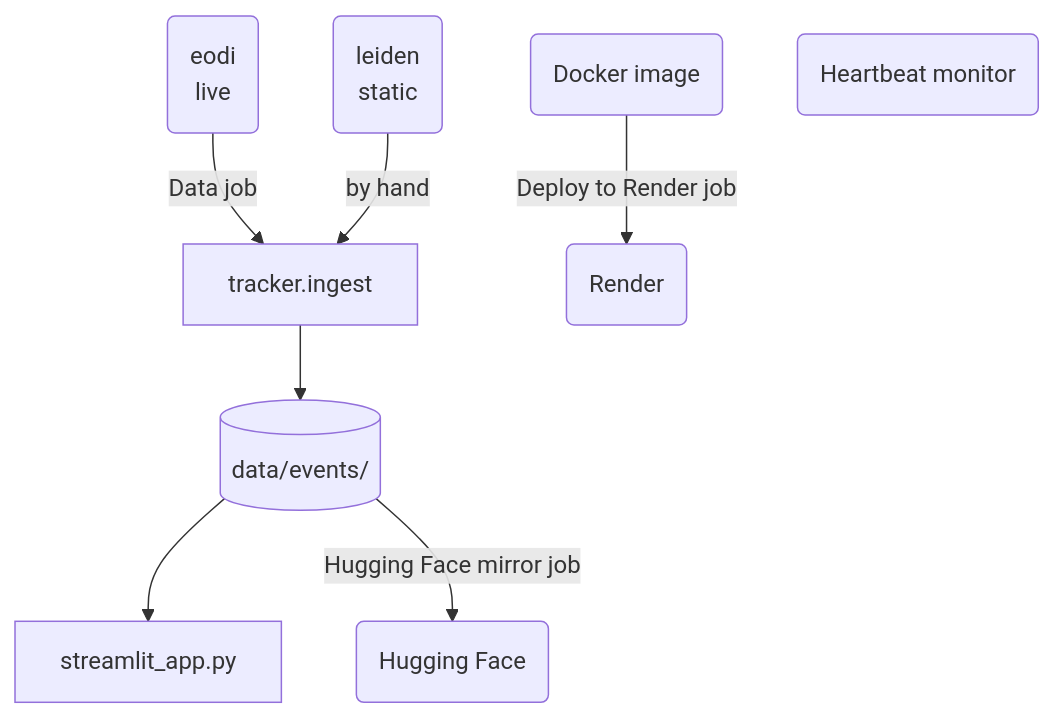
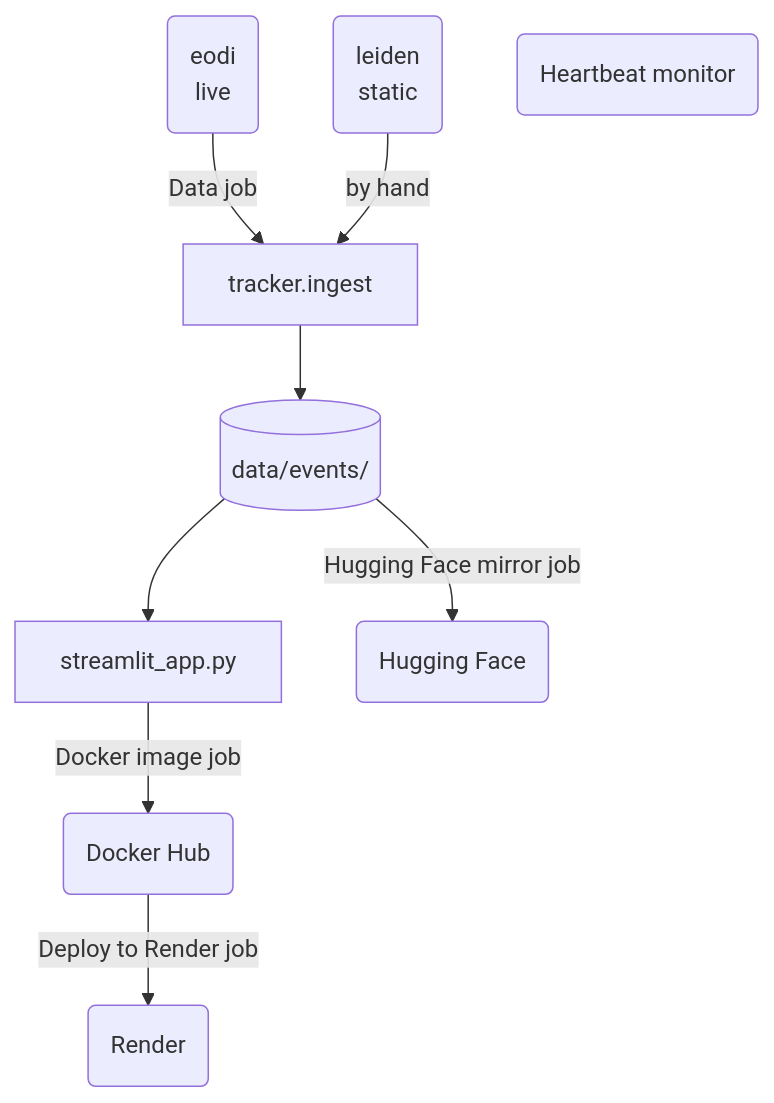
Before and after one commit to tryph0n/hybrid-tracker: the first of 3 diagrams in docs/architecture.md, drawn with Mermaid. The commit also changed other lines of this file and 3 other files, not shown here.

````diff
--- a/docs/architecture.md
+++ b/docs/architecture.md
@@ -25,18 +25,19 @@
 ```mermaid
 flowchart TB
   source_eodi("eodi<br/>live")
   source_leiden("leiden<br/>static")
   ingest["tracker.ingest"]
   events[("data/events/")]
   app["streamlit_app.py"]
-  service_Docker_image("Docker image")
+  service_Docker_Hub("Docker Hub")
   service_Render("Render")
   service_Hugging_Face("Hugging Face")
   service_Heartbeat_monitor("Heartbeat monitor")
   source_eodi -->|"Data job"| ingest
   source_leiden -->|"by hand"| ingest
   ingest --> events
   events --> app
-  service_Docker_image -->|"Deploy to Render job"| service_Render
+  app -->|"Docker image job"| service_Docker_Hub
+  service_Docker_Hub -->|"Deploy to Render job"| service_Render
   events -->|"Hugging Face mirror job"| service_Hugging_Face
 ```
````
